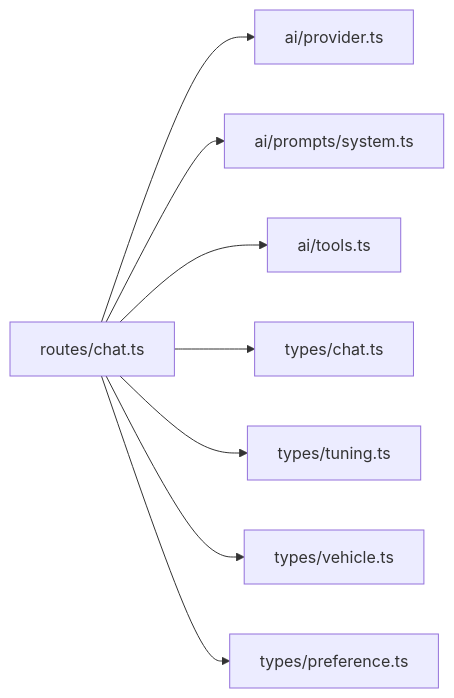
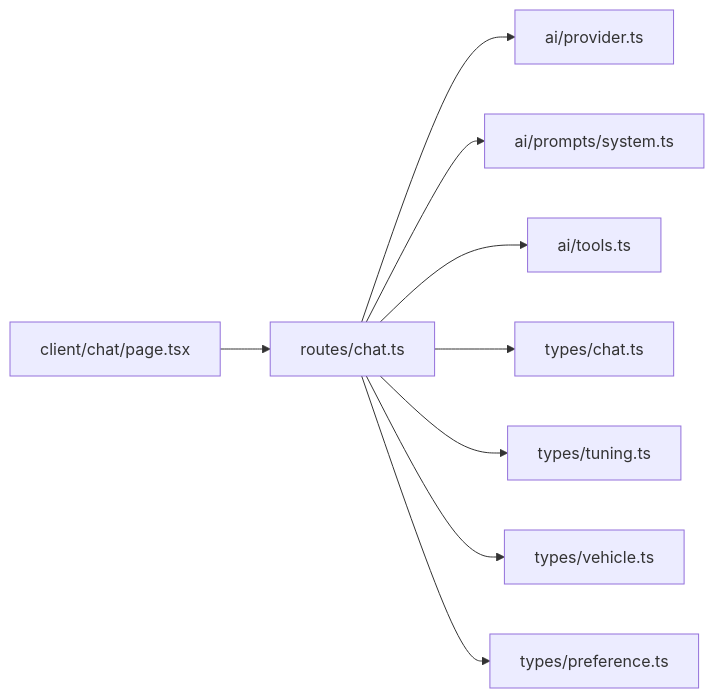
The seventh of 7 diagrams in .qoder/repowiki/zh/content/AI集成模块/AI集成模块.md (aHin0805/FH6CarSettingAgent), drawn with Mermaid before and after one commit. The commit also changed other lines of this file and 12 other files, not shown here.

````diff
--- a/.qoder/repowiki/zh/content/AI集成模块/AI集成模块.md
+++ b/.qoder/repowiki/zh/content/AI集成模块/AI集成模块.md
@@ -276,10 +287,11 @@
 ```mermaid
 graph LR
 Chat["routes/chat.ts"] --> Provider["ai/provider.ts"]
 Chat --> Prompt["ai/prompts/system.ts"]
 Chat --> Tools["ai/tools.ts"]
 Chat --> TypesChat["types/chat.ts"]
 Chat --> TypesTuning["types/tuning.ts"]
 Chat --> TypesVehicle["types/vehicle.ts"]
 Chat --> TypesPref["types/preference.ts"]
+Next["client/chat/page.tsx"] --> Chat
 ```
````
